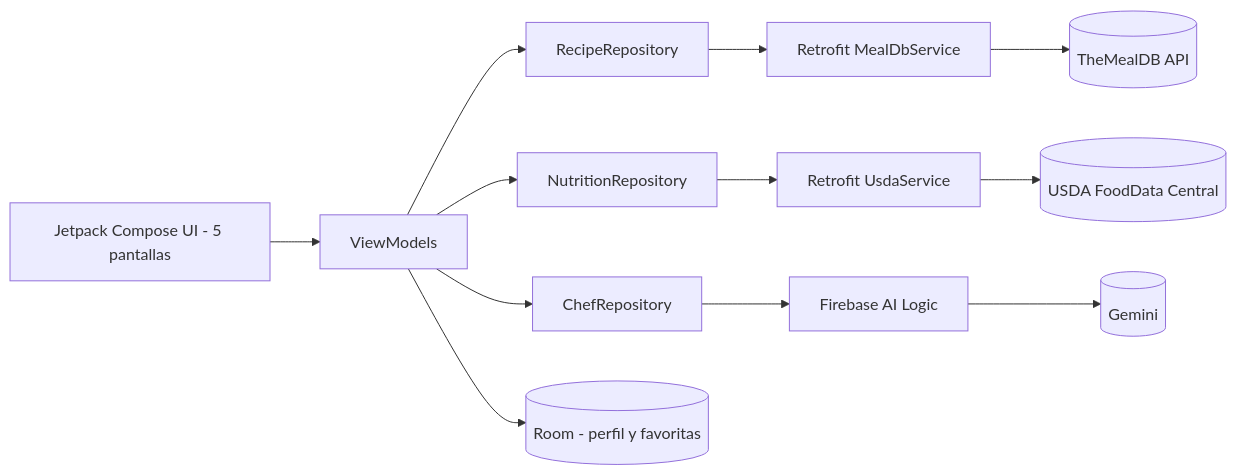
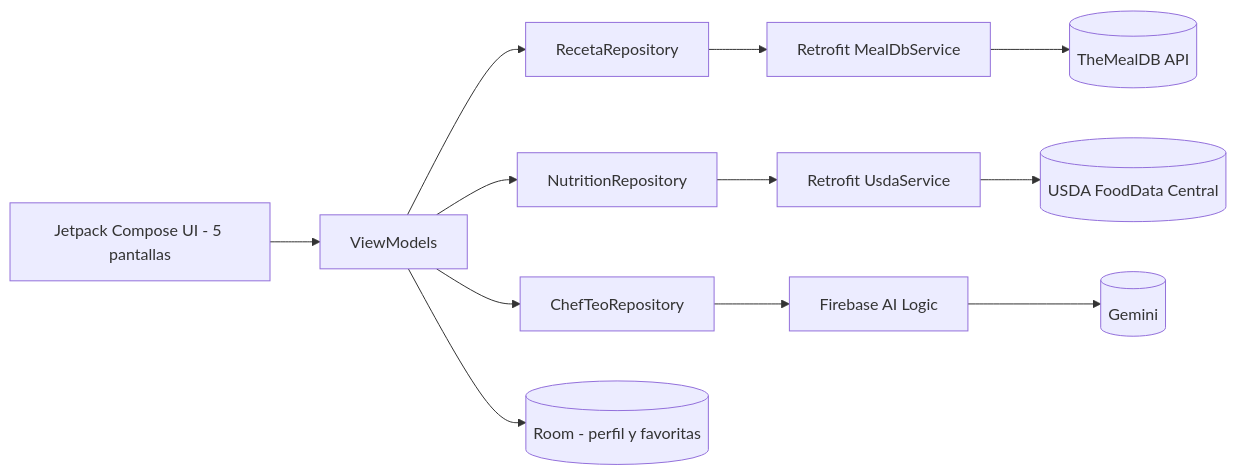
One commit to marianauribe57-art/android-design-pizca changed the second of 4 diagrams in README.md. Above: the diagram before and after it, drawn with Mermaid. The commit also changed other lines of this file and 7 other files, not shown here.

````diff
--- a/README.md
+++ b/README.md
@@ -185,11 +186,11 @@
 ```mermaid
 flowchart LR
     UI[Jetpack Compose UI - 5 pantallas] --> VM[ViewModels]
-    VM --> RR[RecipeRepository]
+    VM --> RR[RecetaRepository]
     VM --> NR[NutritionRepository]
-    VM --> CR[ChefRepository]
+    VM --> CR[ChefTeoRepository]
     VM --> DB[(Room - perfil y favoritas)]
     RR --> R1[Retrofit MealDbService] --> A1[(TheMealDB API)]
     NR --> R2[Retrofit UsdaService] --> A2[(USDA FoodData Central)]
     CR --> AI[Firebase AI Logic] --> A3[(Gemini)]
 ```
````
